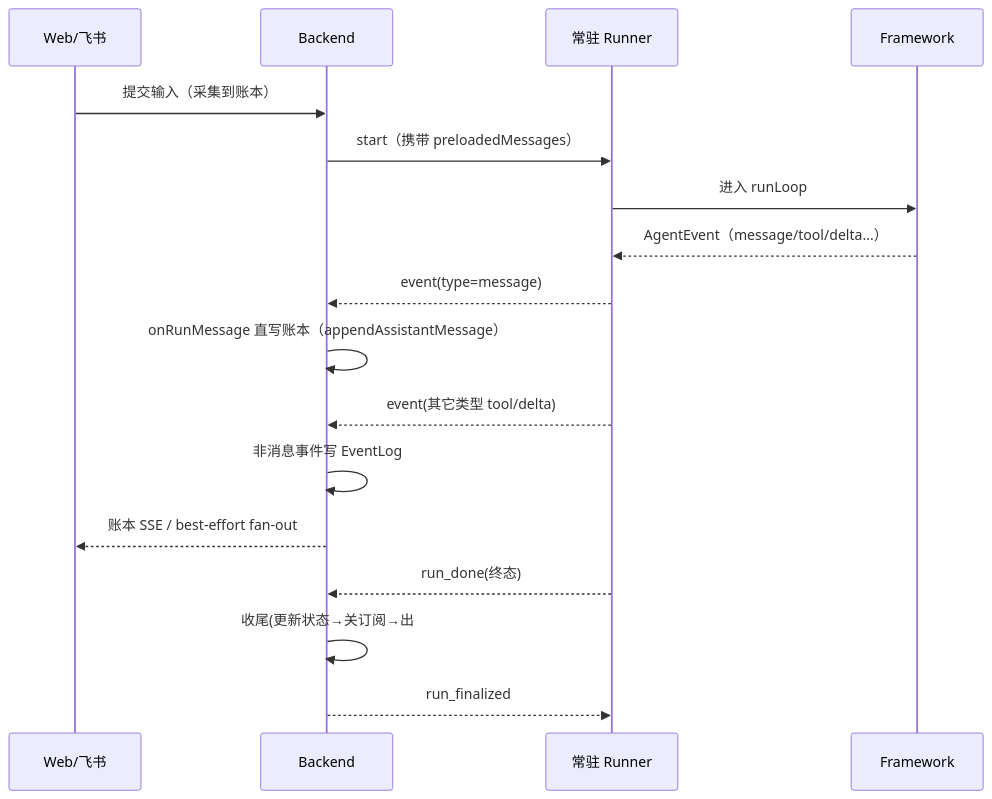
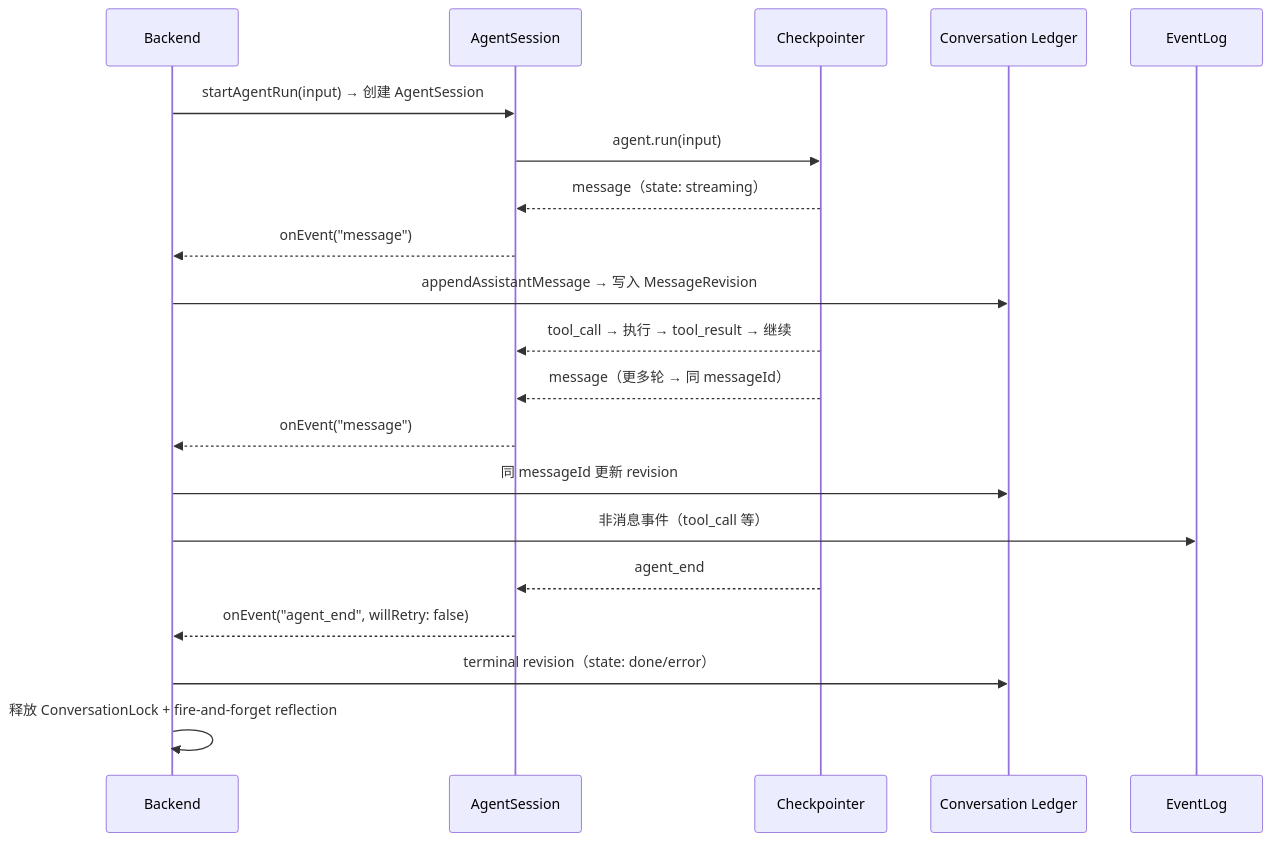
One commit to Chengchcc/my-agent-team changed the diagram in docs/architecture/foundations/lifecycle-overview.md. Above: the diagram before and after it, drawn with Mermaid. The commit also changed other lines of this file and 41 other files, not shown here.

````diff
--- a/docs/architecture/foundations/lifecycle-overview.md
+++ b/docs/architecture/foundations/lifecycle-overview.md
@@ -22,19 +22,23 @@
 ```mermaid
 sequenceDiagram
-  participant 端 as Web/飞书
-  participant 后端 as Backend
-  participant Runner as 常驻 Runner
-  participant FW as Framework
-  端->>后端: 提交输入（采集到账本）
-  后端->>Runner: start（携带 preloadedMessages）
-  Runner->>FW: 进入 runLoop
-  FW-->>Runner: AgentEvent（message/tool/delta...）
-  Runner-->>后端: event(type=message)
-  后端->>后端: onRunMessage 直写账本（appendAssistantMessage）
-  Runner-->>后端: event(其它类型 tool/delta)
-  后端->>后端: 非消息事件写 EventLog
-  后端-->>端: 账本 SSE / best-effort fan-out
-  Runner-->>后端: run_done(终态)
-  后端->>后端: 收尾(更新状态→关订阅→出#active→await onRunComplete 写终端修订)
-  后端-->>Runner: run_finalized
+  participant B as Backend
+  participant AS as AgentSession
+  participant CK as Checkpointer
+  participant L as Conversation Ledger
+  participant E as EventLog
+
+  B->>AS: startAgentRun(input) → 创建 AgentSession
+  AS->>CK: agent.run(input)
+  CK-->>AS: message（state: streaming）
+  AS-->>B: onEvent("message")
+  B->>L: appendAssistantMessage → 写入 MessageRevision
+  CK-->>AS: tool_call → 执行 → tool_result → 继续
+  CK-->>AS: message（更多轮 → 同 messageId）
+  AS-->>B: onEvent("message")
+  B->>L: 同 messageId 更新 revision
+  B->>E: 非消息事件（tool_call 等）
+  CK-->>AS: agent_end
+  AS-->>B: onEvent("agent_end", willRetry: false)
+  B->>L: terminal revision（state: done/error）
+  B->>B: 释放 ConversationLock + fire-and-forget reflection
 ```
````
